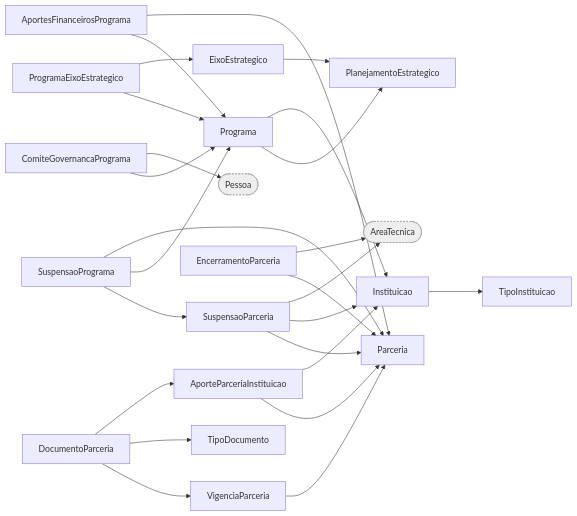
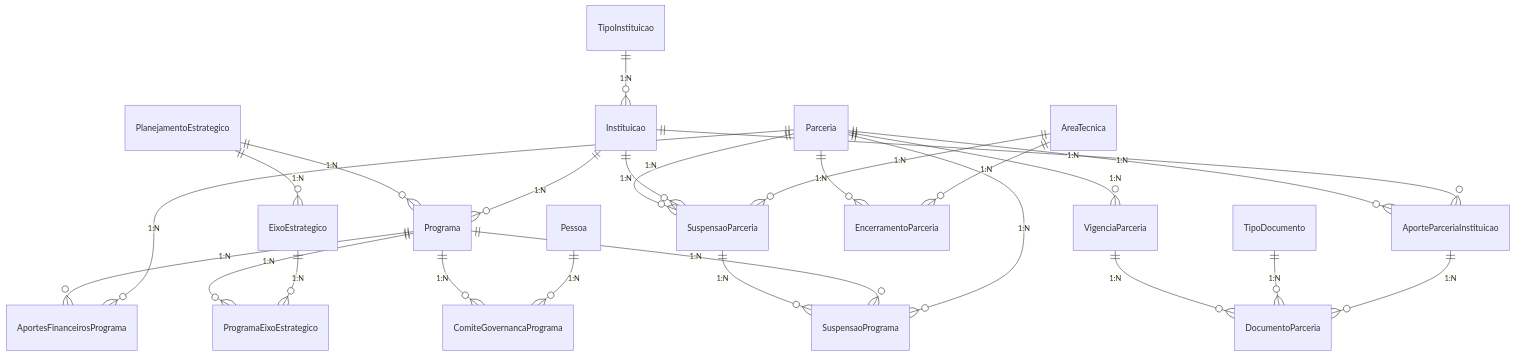
Before and after one commit to Czzped/conecta-fapes-teste: the tenth of 13 diagrams in docs-new/banco-de-dados/_diagramas.md, drawn with Mermaid. The commit also changed other lines of this file, not shown here.

Commit message:
docs: adiciona cardinalidades (notacao ER pe-de-galinha) aos diagramas do dominio

````diff
--- a/docs-new/banco-de-dados/_diagramas.md
+++ b/docs-new/banco-de-dados/_diagramas.md
@@ -215,46 +270,63 @@
 ```mermaid
-flowchart LR
-  PlanejamentoEstrategico
-  EixoEstrategico
-  Programa
-  ProgramaEixoEstrategico
-  AportesFinanceirosPrograma
-  ComiteGovernancaPrograma
-  SuspensaoPrograma
-  Parceria
-  AporteParceriaInstituicao
-  VigenciaParceria
-  SuspensaoParceria
-  EncerramentoParceria
-  DocumentoParceria
-  TipoDocumento
-  Instituicao
-  TipoInstituicao
-  AreaTecnica([AreaTecnica]):::ext
-  Pessoa([Pessoa]):::ext
-  AporteParceriaInstituicao --> Instituicao
-  AporteParceriaInstituicao --> Parceria
-  AportesFinanceirosPrograma --> Parceria
-  AportesFinanceirosPrograma --> Programa
-  ComiteGovernancaPrograma --> Pessoa
-  ComiteGovernancaPrograma --> Programa
-  DocumentoParceria --> AporteParceriaInstituicao
-  DocumentoParceria --> TipoDocumento
-  DocumentoParceria --> VigenciaParceria
-  EixoEstrategico --> PlanejamentoEstrategico
-  EncerramentoParceria --> AreaTecnica
-  EncerramentoParceria --> Parceria
-  Instituicao --> TipoInstituicao
-  Programa --> Instituicao
-  Programa --> PlanejamentoEstrategico
-  ProgramaEixoEstrategico --> EixoEstrategico
-  ProgramaEixoEstrategico --> Programa
-  SuspensaoParceria --> AreaTecnica
-  SuspensaoParceria --> Instituicao
-  SuspensaoParceria --> Parceria
-  SuspensaoPrograma --> Parceria
-  SuspensaoPrograma --> Programa
-  SuspensaoPrograma --> SuspensaoParceria
-  VigenciaParceria --> Parceria
-  classDef ext fill:#eee,stroke:#999,color:#333,stroke-dasharray:3 3;
+erDiagram
+  PlanejamentoEstrategico {
+  }
+  EixoEstrategico {
+  }
+  Programa {
+  }
+  ProgramaEixoEstrategico {
+  }
+  AportesFinanceirosPrograma {
+  }
+  ComiteGovernancaPrograma {
+  }
+  SuspensaoPrograma {
+  }
+  Parceria {
+  }
+  AporteParceriaInstituicao {
+  }
+  VigenciaParceria {
+  }
+  SuspensaoParceria {
+  }
+  EncerramentoParceria {
+  }
+  DocumentoParceria {
+  }
+  TipoDocumento {
+  }
+  Instituicao {
+  }
+  TipoInstituicao {
+  }
+  AreaTecnica {
+  }
+  Pessoa {
+  }
+  AporteParceriaInstituicao ||--o{ DocumentoParceria : "1:N"
+  AreaTecnica ||--o{ EncerramentoParceria : "1:N"
+  AreaTecnica ||--o{ SuspensaoParceria : "1:N"
+  EixoEstrategico ||--o{ ProgramaEixoEstrategico : "1:N"
+  Instituicao ||--o{ AporteParceriaInstituicao : "1:N"
+  Instituicao ||--o{ Programa : "1:N"
+  Instituicao ||--o{ SuspensaoParceria : "1:N"
+  Parceria ||--o{ AporteParceriaInstituicao : "1:N"
+  Parceria ||--o{ AportesFinanceirosPrograma : "1:N"
+  Parceria ||--o{ EncerramentoParceria : "1:N"
+  Parceria ||--o{ SuspensaoParceria : "1:N"
+  Parceria ||--o{ SuspensaoPrograma : "1:N"
+  Parceria ||--o{ VigenciaParceria : "1:N"
+  Pessoa ||--o{ ComiteGovernancaPrograma : "1:N"
+  PlanejamentoEstrategico ||--o{ EixoEstrategico : "1:N"
+  PlanejamentoEstrategico ||--o{ Programa : "1:N"
+  Programa ||--o{ AportesFinanceirosPrograma : "1:N"
+  Programa ||--o{ ComiteGovernancaPrograma : "1:N"
+  Programa ||--o{ ProgramaEixoEstrategico : "1:N"
+  Programa ||--o{ SuspensaoPrograma : "1:N"
+  SuspensaoParceria ||--o{ SuspensaoPrograma : "1:N"
+  TipoDocumento ||--o{ DocumentoParceria : "1:N"
+  TipoInstituicao ||--o{ Instituicao : "1:N"
+  VigenciaParceria ||--o{ DocumentoParceria : "1:N"
 ```
````
